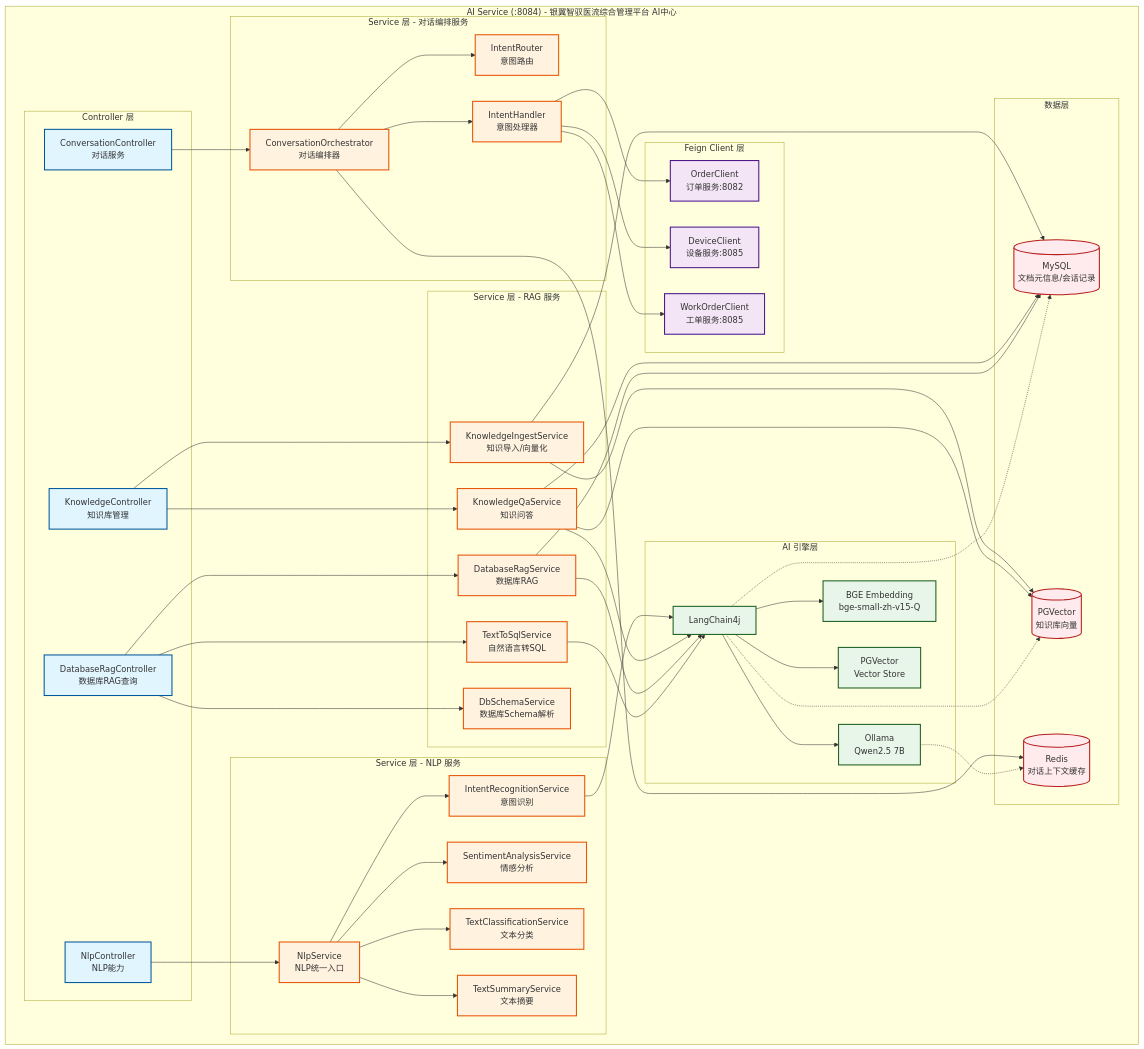
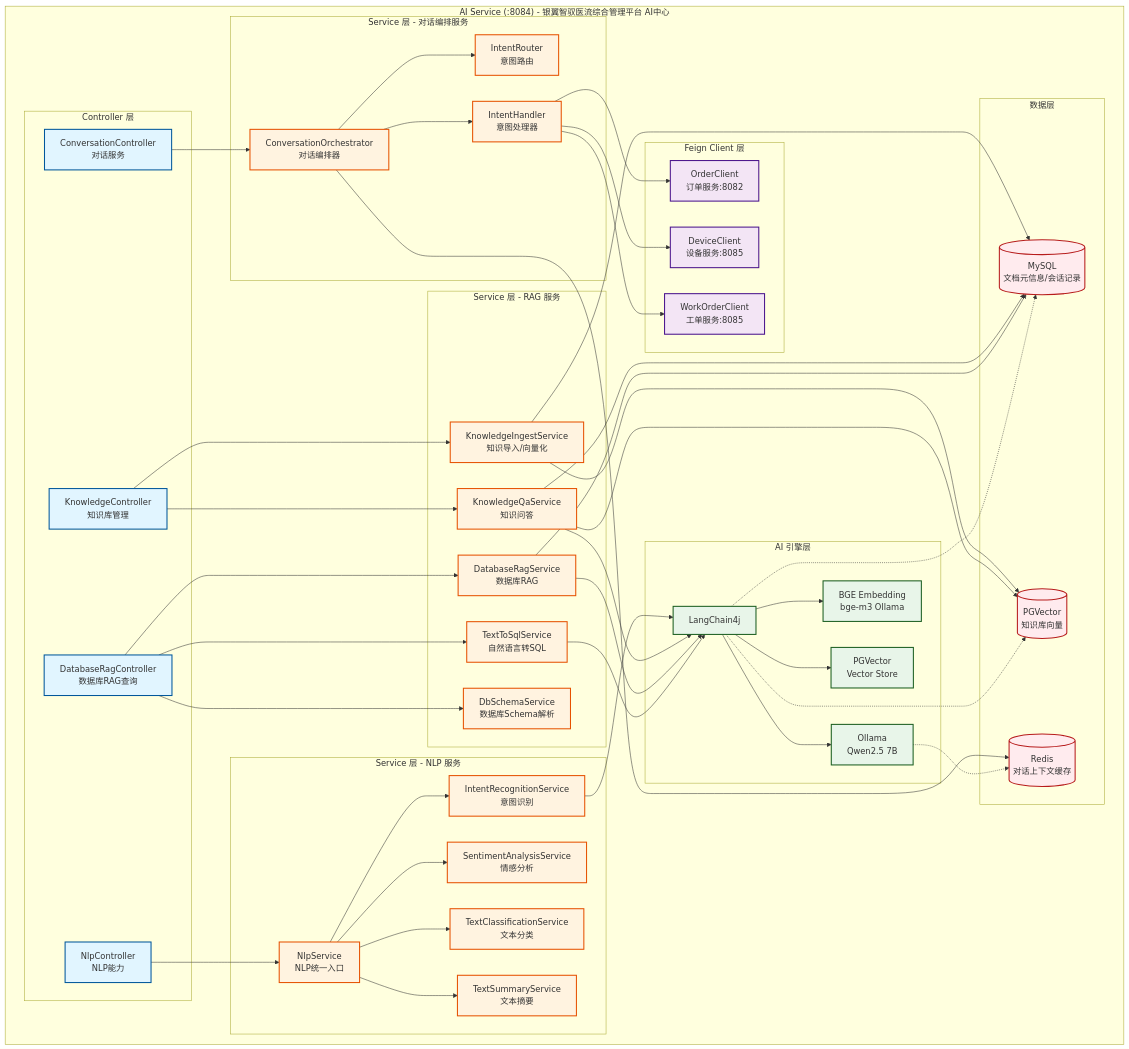
Before and after one commit to Jackbin910/silverwing-logistics-platform: the diagram in silverwing-ai-service/README.md, drawn with Mermaid. The commit also changed 7 other files, not shown here.

```diff
--- a/silverwing-ai-service/README.md
+++ b/silverwing-ai-service/README.md
@@ -54,7 +54,7 @@
         subgraph "AI 引擎层"
             LC4[LangChain4j]
             OLM[Ollama<br/>Qwen2.5 7B]
-            BE[BGE Embedding<br/>bge-small-zh-v15-Q]
+            BE[BGE Embedding<br/>bge-m3 Ollama]
             PGS[PGVector<br/>Vector Store]
         end
 
```
